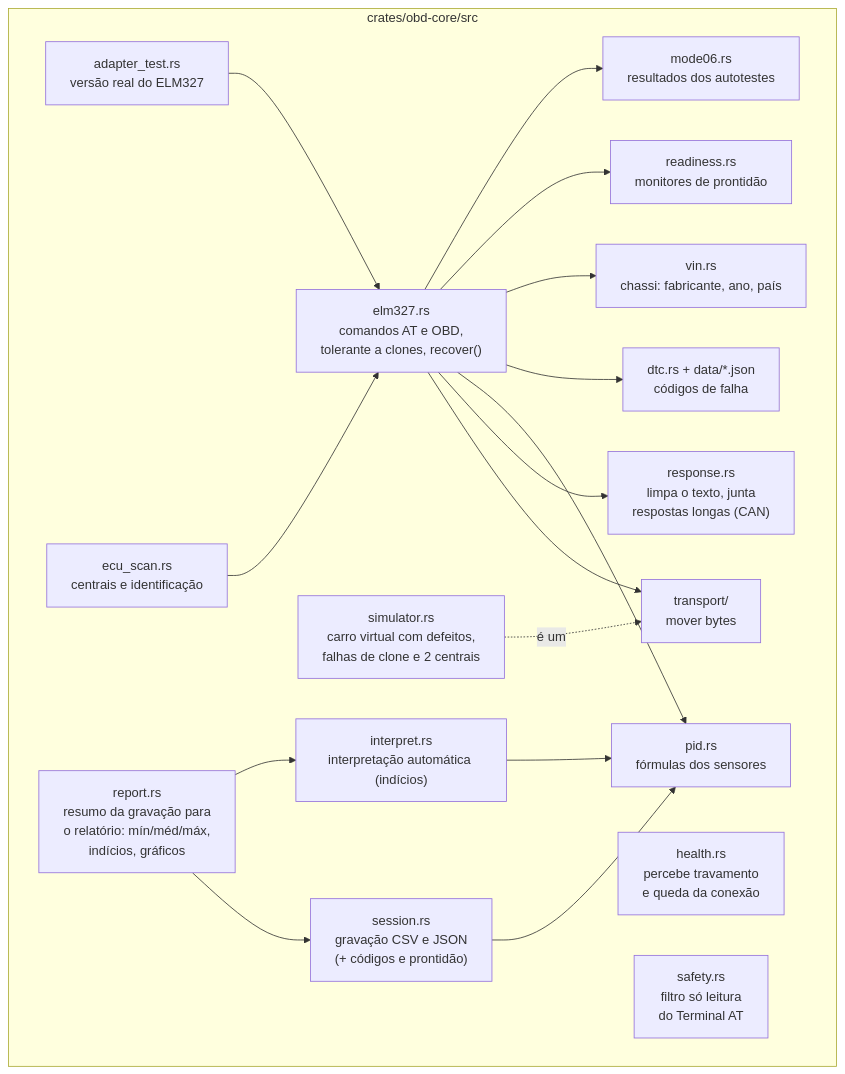
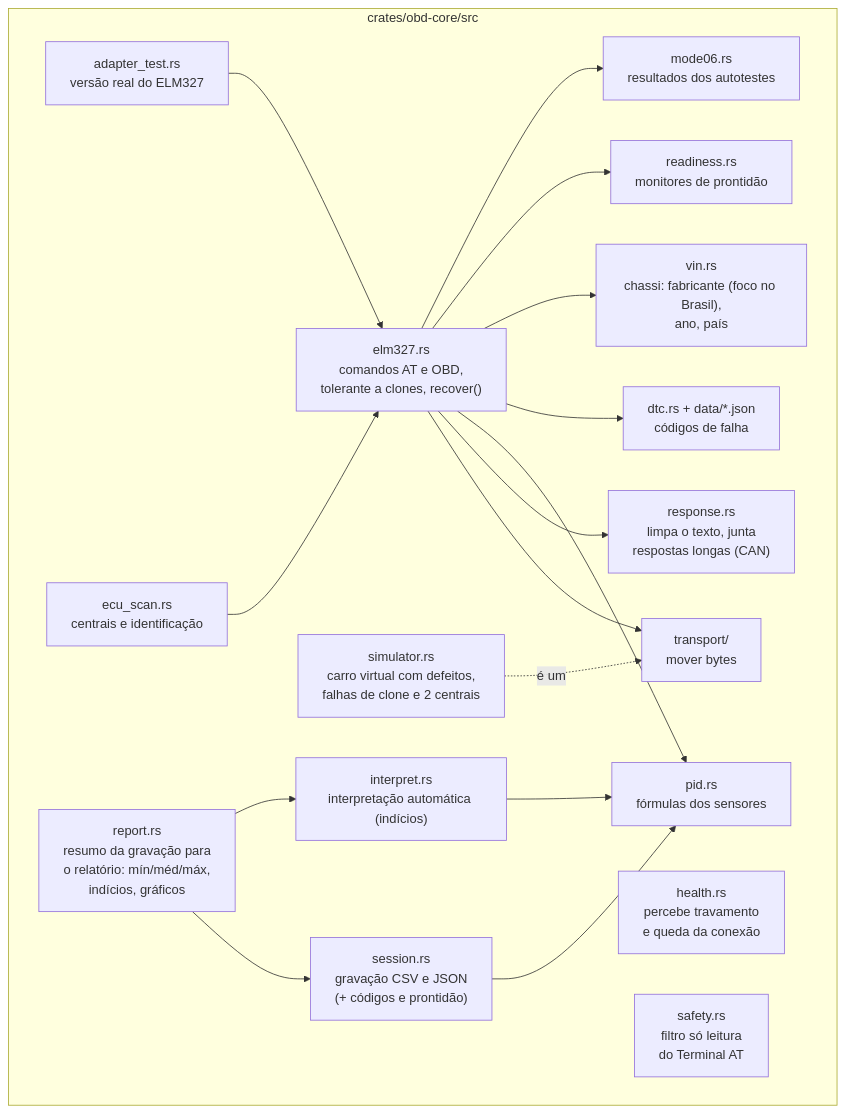
Before and after one commit to samuvieceli/obd2-scanner: the fourth of 16 diagrams in docs/DIAGRAMAS.md, drawn with Mermaid. The commit also changed 14 other files, not shown here.

````diff
--- a/docs/DIAGRAMAS.md
+++ b/docs/DIAGRAMAS.md
@@ -109,30 +109,30 @@
 ```mermaid
 flowchart TB
     subgraph core["crates/obd-core/src"]
         transport["transport/<br/>mover bytes"]
         elm327["elm327.rs<br/>comandos AT e OBD,<br/>tolerante a clones, recover()"]
         response["response.rs<br/>limpa o texto, junta<br/>respostas longas (CAN)"]
         health["health.rs<br/>percebe travamento<br/>e queda da conexão"]
         pid["pid.rs<br/>fórmulas dos sensores"]
         dtc["dtc.rs + data/*.json<br/>códigos de falha"]
-        vin["vin.rs<br/>chassi: fabricante, ano, país"]
+        vin["vin.rs<br/>chassi: fabricante (foco no Brasil),<br/>ano, país"]
         readiness["readiness.rs<br/>monitores de prontidão"]
         mode06["mode06.rs<br/>resultados dos autotestes"]
         interpret["interpret.rs<br/>interpretação automática (indícios)"]
         session["session.rs<br/>gravação CSV e JSON<br/>(+ códigos e prontidão)"]
         report["report.rs<br/>resumo da gravação para<br/>o relatório: mín/méd/máx,<br/>indícios, gráficos"]
         simulator["simulator.rs<br/>carro virtual com defeitos,<br/>falhas de clone e 2 centrais"]
         adaptertest["adapter_test.rs<br/>versão real do ELM327"]
         ecuscan["ecu_scan.rs<br/>centrais e identificação"]
         safety["safety.rs<br/>filtro só leitura<br/>do Terminal AT"]
     end
     adaptertest --> elm327
     ecuscan --> elm327
     elm327 --> transport
     elm327 --> response
     elm327 --> pid & dtc & vin & readiness & mode06
     simulator -. "é um" .-> transport
     interpret --> pid
     session --> pid
     report --> session & interpret
 ```
````
